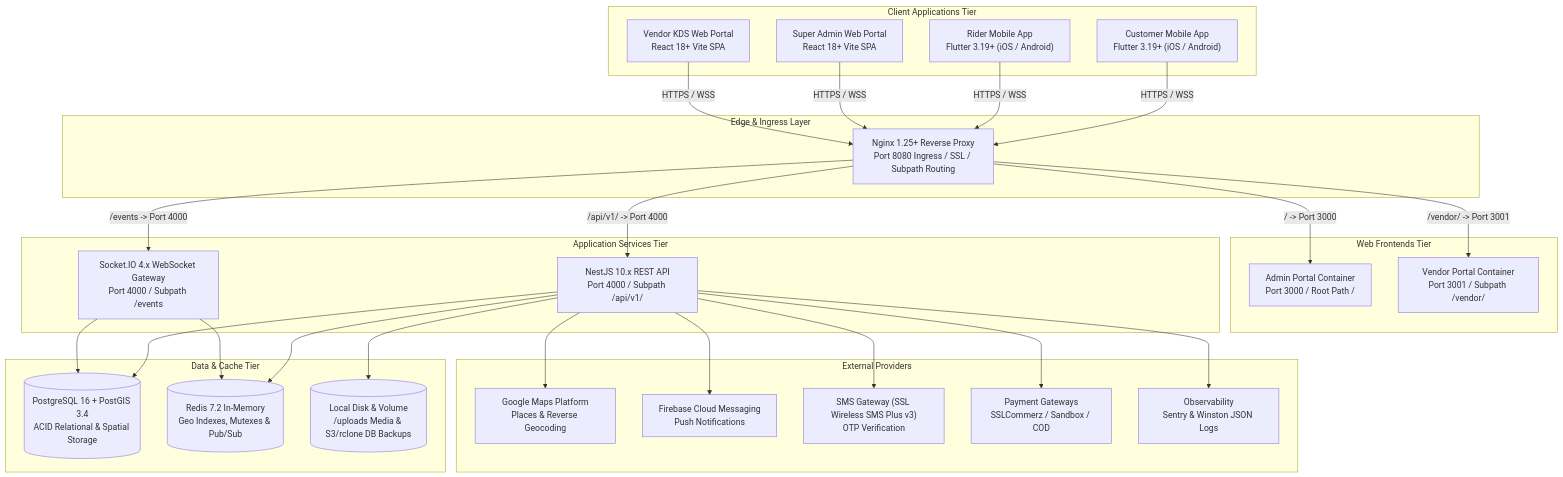
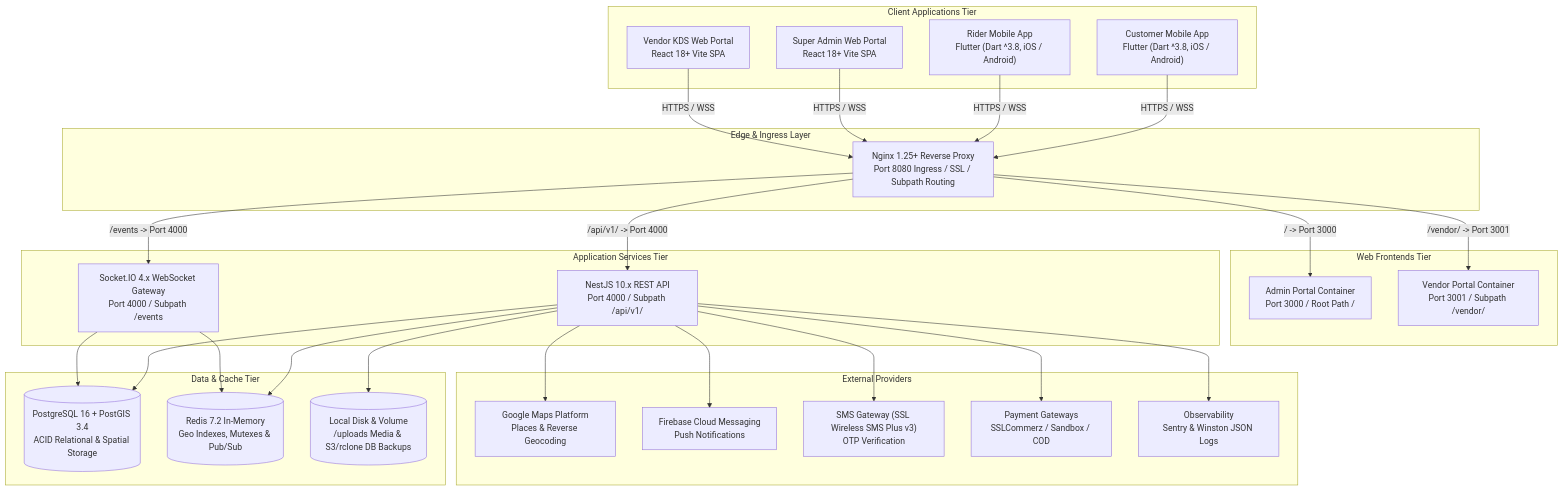
The diagram in context_docs/technical-implementation-documents/01-system-architecture-and-tech-stack.md (BrainStation-23/DeliveryOS-Demo), drawn with Mermaid before and after one commit. The commit also changed other lines of this file and 27 other files, not shown here.

````diff
--- a/context_docs/technical-implementation-documents/01-system-architecture-and-tech-stack.md
+++ b/context_docs/technical-implementation-documents/01-system-architecture-and-tech-stack.md
@@ -9,59 +9,59 @@
 ```mermaid
 graph TD
     subgraph Clients["Client Applications Tier"]
-        CA["Customer Mobile App<br/>Flutter 3.19+ (iOS / Android)"]
-        RA["Rider Mobile App<br/>Flutter 3.19+ (iOS / Android)"]
+        CA["Customer Mobile App<br/>Flutter (Dart ^3.8, iOS / Android)"]
+        RA["Rider Mobile App<br/>Flutter (Dart ^3.8, iOS / Android)"]
         AP["Super Admin Web Portal<br/>React 18+ Vite SPA"]
         VP["Vendor KDS Web Portal<br/>React 18+ Vite SPA"]
     end
 
     subgraph EdgeLayer["Edge & Ingress Layer"]
         NGINX["Nginx 1.25+ Reverse Proxy<br/>Port 8080 Ingress / SSL / Subpath Routing"]
     end
 
     subgraph WebServices["Web Frontends Tier"]
         AP_SVC["Admin Portal Container<br/>Port 3000 / Root Path /"]
         VP_SVC["Vendor Portal Container<br/>Port 3001 / Subpath /vendor/"]
     end
 
     subgraph AppTier["Application Services Tier"]
         API["NestJS 10.x REST API<br/>Port 4000 / Subpath /api/v1/"]
         WSS["Socket.IO 4.x WebSocket Gateway<br/>Port 4000 / Subpath /events"]
     end
 
     subgraph DataTier["Data & Cache Tier"]
         DB[("PostgreSQL 16 + PostGIS 3.4<br/>ACID Relational & Spatial Storage")]
         CACHE[("Redis 7.2 In-Memory<br/>Geo Indexes, Mutexes & Pub/Sub")]
         STORAGE[("Local Disk & Volume<br/>/uploads Media & S3/rclone DB Backups")]
     end
 
     subgraph ExternalServices["External Providers"]
         GMAPS["Google Maps Platform<br/>Places & Reverse Geocoding"]
         FCM["Firebase Cloud Messaging<br/>Push Notifications"]
         SMS["SMS Gateway (SSL Wireless SMS Plus v3)<br/>OTP Verification"]
         PAY["Payment Gateways<br/>SSLCommerz / Sandbox / COD"]
         OBS["Observability<br/>Sentry & Winston JSON Logs"]
     end
 
     CA -->|HTTPS / WSS| NGINX
     RA -->|HTTPS / WSS| NGINX
     AP -->|HTTPS / WSS| NGINX
     VP -->|HTTPS / WSS| NGINX
 
     NGINX -->|/ -> Port 3000| AP_SVC
     NGINX -->|/vendor/ -> Port 3001| VP_SVC
     NGINX -->|/api/v1/ -> Port 4000| API
     NGINX -->|/events -> Port 4000| WSS
 
     API --> DB
     API --> CACHE
     API --> STORAGE
     WSS --> CACHE
     WSS --> DB
 
     API --> GMAPS
     API --> FCM
     API --> SMS
     API --> PAY
     API --> OBS
 ```
````
